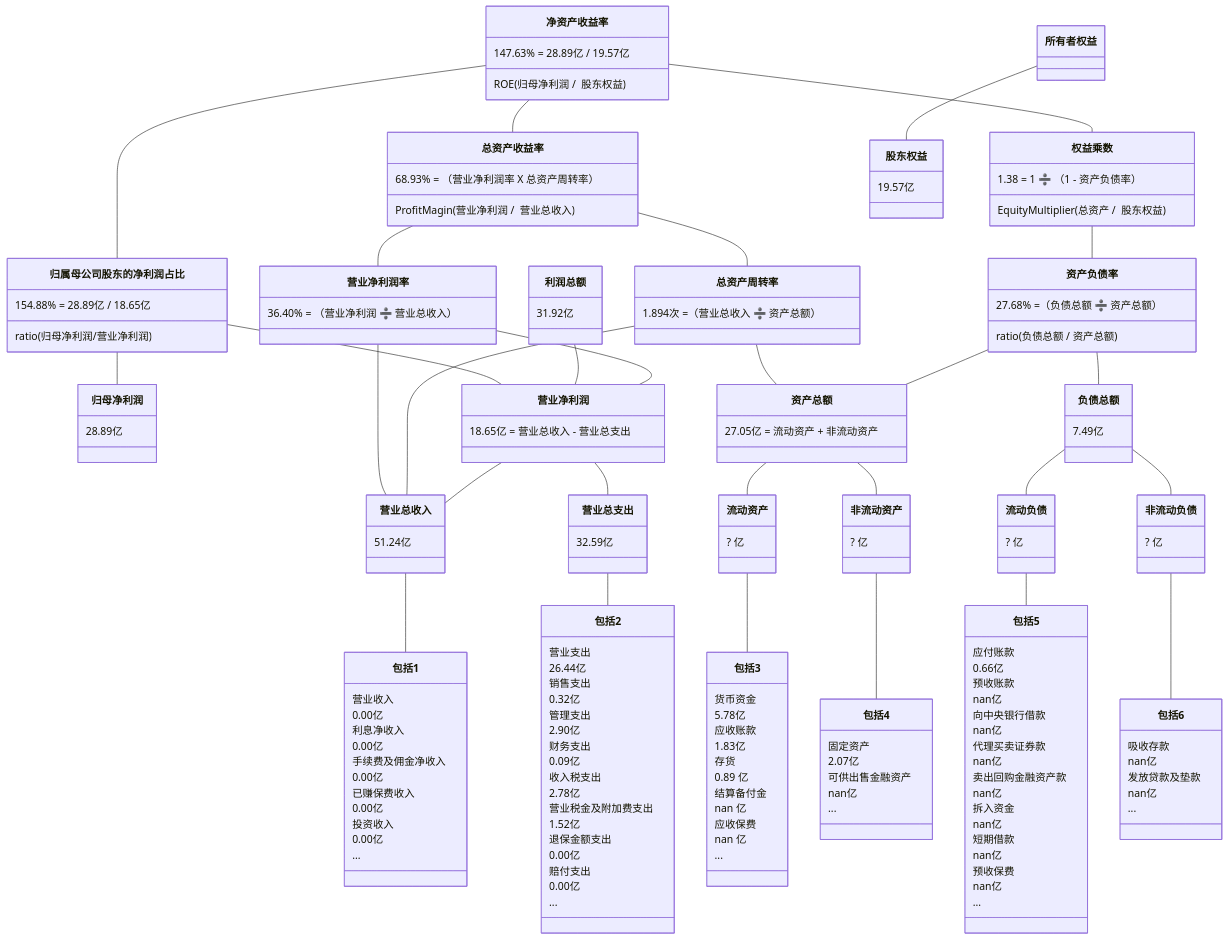
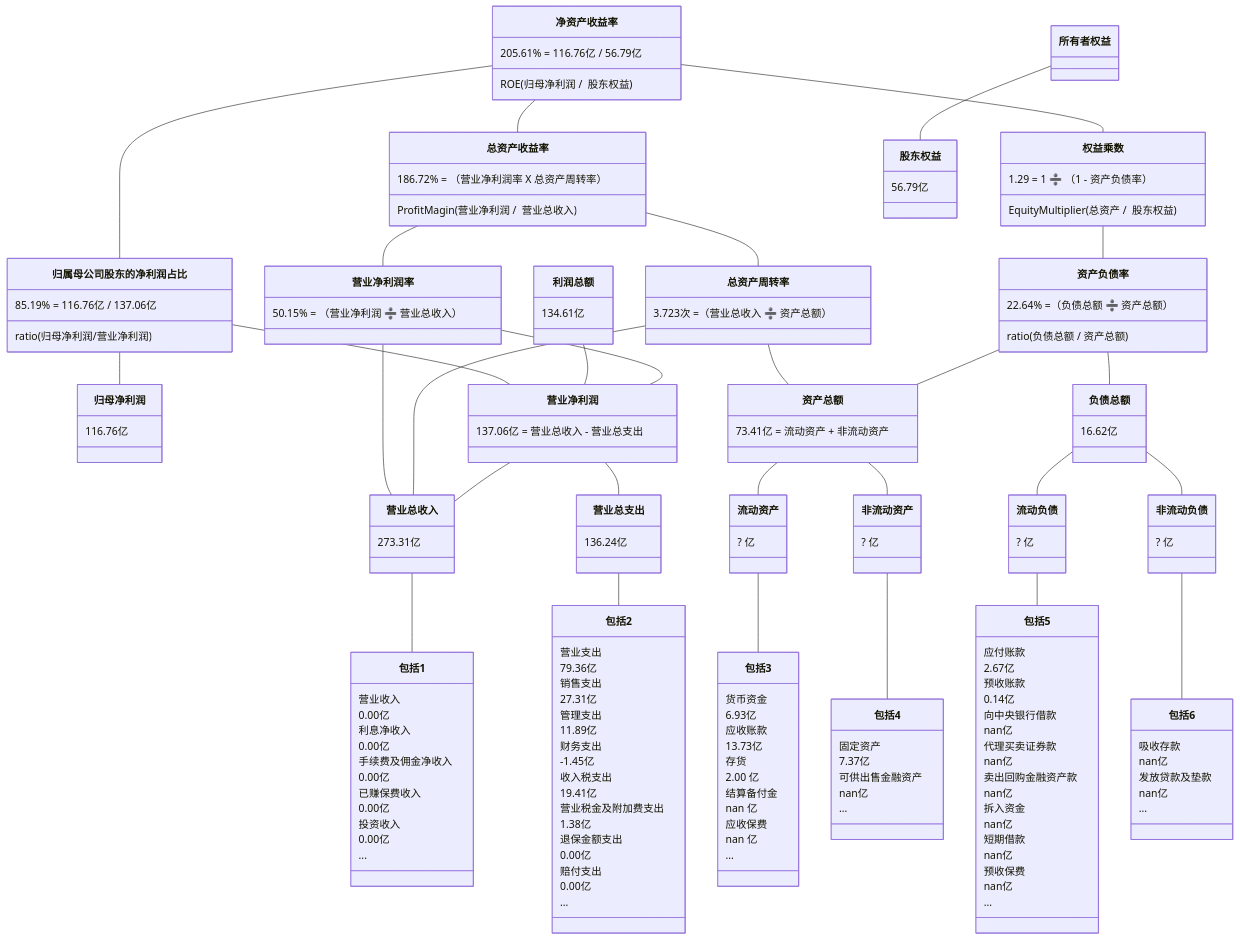
Before and after one commit to TheVeryDarkness/cs410: the second of 10 diagrams in 2/2.md, drawn with Mermaid. The commit also changed other lines of this file and 72 other files, not shown here.

````diff
--- a/2/2.md
+++ b/2/2.md
@@ -167,45 +175,45 @@
 ```mermaid
 classDiagram
 净资产收益率 -- 总资产收益率
-    净资产收益率 : 147.63% = 28.89亿 / 19.57亿
+    净资产收益率 : 205.61% = 116.76亿 / 56.79亿
     净资产收益率 : ROE(归母净利润 /  股东权益)
-    总资产收益率 : 68.93% = （营业净利润率 X 总资产周转率）
+    总资产收益率 : 186.72% = （营业净利润率 X 总资产周转率）
     总资产收益率 : ProfitMagin(营业净利润 /  营业总收入)
 净资产收益率 -- 归属母公司股东的净利润占比
-	  归属母公司股东的净利润占比 : 154.88% = 28.89亿 / 18.65亿
+	  归属母公司股东的净利润占比 : 85.19% = 116.76亿 / 137.06亿
 	  归属母公司股东的净利润占比 : ratio(归母净利润/营业净利润)
 归属母公司股东的净利润占比 -- 归母净利润
-    归母净利润 : 28.89亿
+    归母净利润 : 116.76亿
 归属母公司股东的净利润占比 -- 营业净利润
-利润总额 : 31.92亿
+利润总额 : 134.61亿
 利润总额 -- 营业净利润
 净资产收益率 -- 权益乘数
-    权益乘数 : 1.38 = 1 ➗ （1 - 资产负债率）
+    权益乘数 : 1.29 = 1 ➗ （1 - 资产负债率）
     权益乘数 : EquityMultiplier(总资产 /  股东权益)
 
 总资产收益率 -- 营业净利润率
-    营业净利润率 : 36.40% = （营业净利润 ➗ 营业总收入）
+    营业净利润率 : 50.15% = （营业净利润 ➗ 营业总收入）
 总资产收益率 -- 总资产周转率
-    总资产周转率 : 1.894次 =（营业总收入 ➗ 资产总额）
+    总资产周转率 : 3.723次 =（营业总收入 ➗ 资产总额）
 权益乘数 -- 资产负债率
-    资产负债率  : 27.68% =（负债总额 ➗ 资产总额）
+    资产负债率  : 22.64% =（负债总额 ➗ 资产总额）
     资产负债率  : ratio(负债总额 / 资产总额)
 
 营业净利润率 -- 营业净利润
-    营业净利润 : 18.65亿 = 营业总收入 - 营业总支出
+    营业净利润 : 137.06亿 = 营业总收入 - 营业总支出
 营业净利润率 -- 营业总收入
 总资产周转率 -- 营业总收入
 总资产周转率 -- 资产总额
-    资产总额 : 27.05亿 = 流动资产 + 非流动资产
+    资产总额 : 73.41亿 = 流动资产 + 非流动资产
 资产负债率 -- 负债总额
-    负债总额 : 7.49亿
+    负债总额 : 16.62亿
 资产负债率 -- 资产总额
 
 
 营业净利润 -- 营业总收入
-    营业总收入 : 51.24亿
+    营业总收入 : 273.31亿
 营业净利润 -- 营业总支出
-    营业总支出 : 32.59亿
+    营业总支出 : 136.24亿
 资产总额 -- 流动资产
 	  流动资产 : ? 亿
 资产总额 -- 非流动资产
@@ -229,17 +237,17 @@
     包括1 : ...
 营业总支出 -- 包括2
     包括2 : 营业支出
-    包括2 : 26.44亿
+    包括2 : 79.36亿
     包括2 : 销售支出
-    包括2 : 0.32亿
+    包括2 : 27.31亿
     包括2 : 管理支出
-    包括2 : 2.90亿
+    包括2 : 11.89亿
     包括2 : 财务支出
-    包括2 : 0.09亿
+    包括2 : -1.45亿
     包括2 : 收入税支出
-    包括2 : 2.78亿
+    包括2 : 19.41亿
     包括2 : 营业税金及附加费支出
-    包括2 : 1.52亿
+    包括2 : 1.38亿
     包括2 : 退保金额支出
     包括2 : 0.00亿
     包括2 : 赔付支出
@@ -247,11 +255,11 @@
     包括2 : ...
 流动资产 -- 包括3
     包括3 : 货币资金
-    包括3 : 5.78亿
+    包括3 : 6.93亿
     包括3 : 应收账款
-    包括3 : 1.83亿
+    包括3 : 13.73亿
     包括3 : 存货
-    包括3 : 0.89 亿
+    包括3 : 2.00 亿
     包括3 : 结算备付金
     包括3 : nan 亿
     包括3 : 应收保费
@@ -259,15 +267,15 @@
     包括3 : ...
 非流动资产 -- 包括4
     包括4 : 固定资产
-    包括4 : 2.07亿
+    包括4 : 7.37亿
     包括4 : 可供出售金融资产
     包括4 : nan亿
     包括4 : ...
 流动负债 -- 包括5
     包括5 : 应付账款
-    包括5 : 0.66亿
+    包括5 : 2.67亿
     包括5 : 预收账款
-    包括5 : nan亿
+    包括5 : 0.14亿
     包括5 : 向中央银行借款
     包括5 : nan亿
     包括5 : 代理买卖证券款
@@ -288,5 +296,5 @@
     包括6 : nan亿
     包括6 : ...
 所有者权益 -- 股东权益
-    股东权益 : 19.57亿
+    股东权益 : 56.79亿
 ```
````
